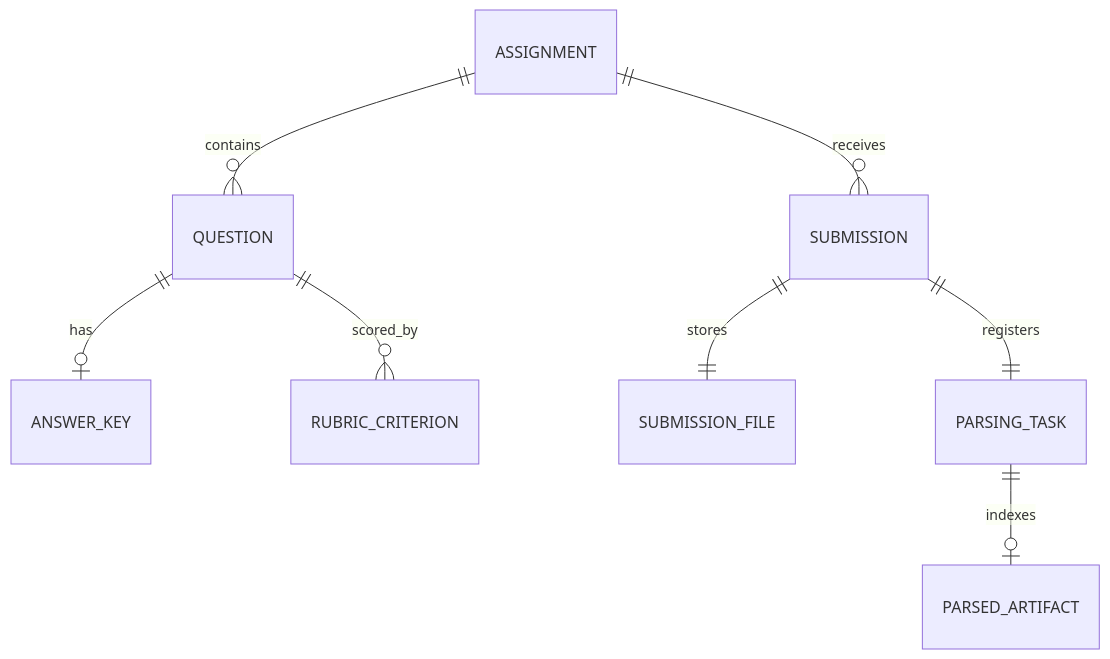
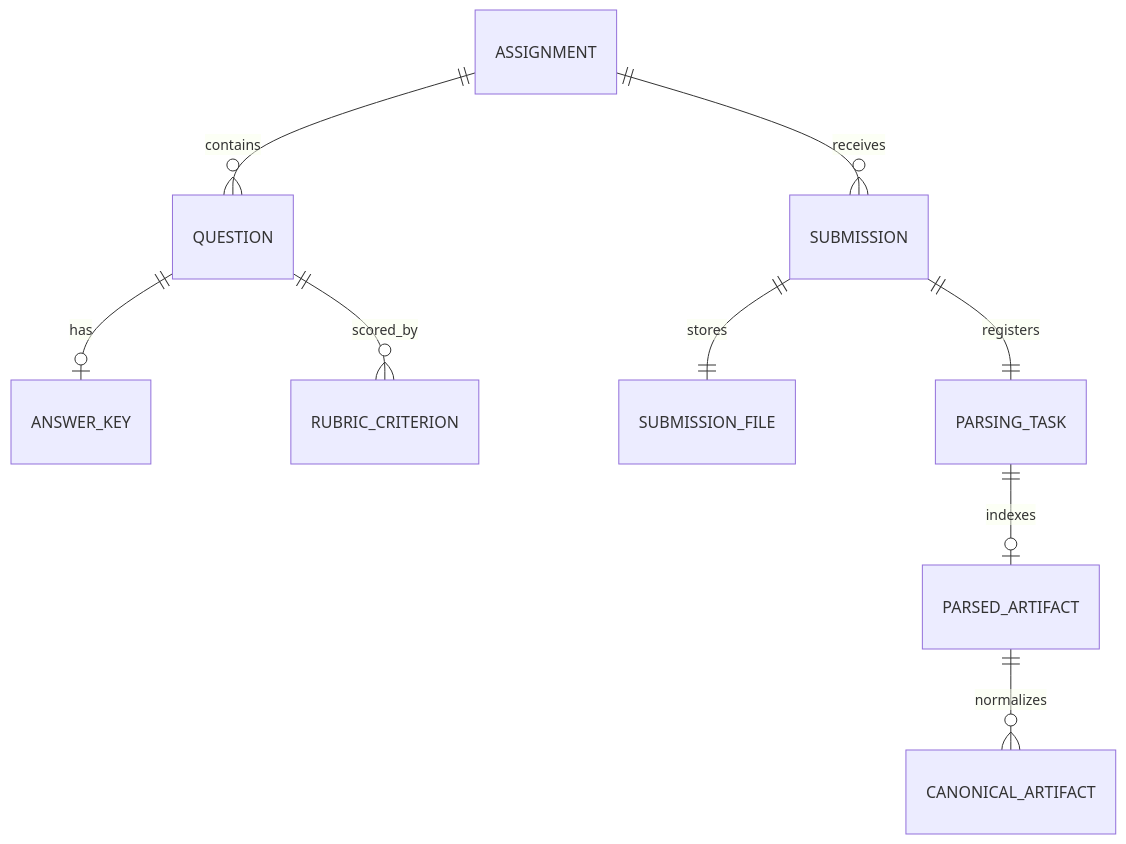
The diagram in docs/architecture.md (hvqo/huipi-cloud), drawn with Mermaid before and after one commit. The commit also changed other lines of this file and 26 other files, not shown here.

````diff
--- a/docs/architecture.md
+++ b/docs/architecture.md
@@ -22,10 +23,11 @@
 ```mermaid
 erDiagram
     ASSIGNMENT ||--o{ QUESTION : contains
     QUESTION ||--o| ANSWER_KEY : has
     QUESTION ||--o{ RUBRIC_CRITERION : scored_by
     ASSIGNMENT ||--o{ SUBMISSION : receives
     SUBMISSION ||--|| SUBMISSION_FILE : stores
     SUBMISSION ||--|| PARSING_TASK : registers
     PARSING_TASK ||--o| PARSED_ARTIFACT : indexes
+    PARSED_ARTIFACT ||--o{ CANONICAL_ARTIFACT : normalizes
 ```
````
